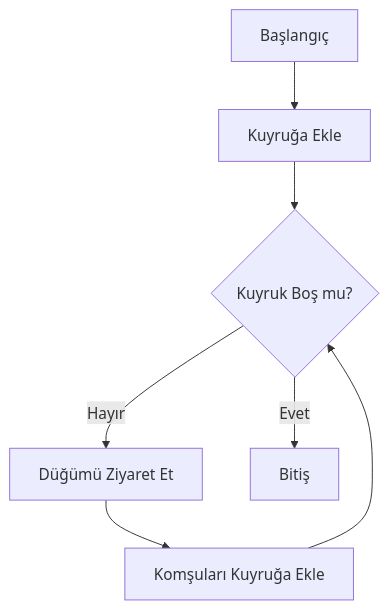
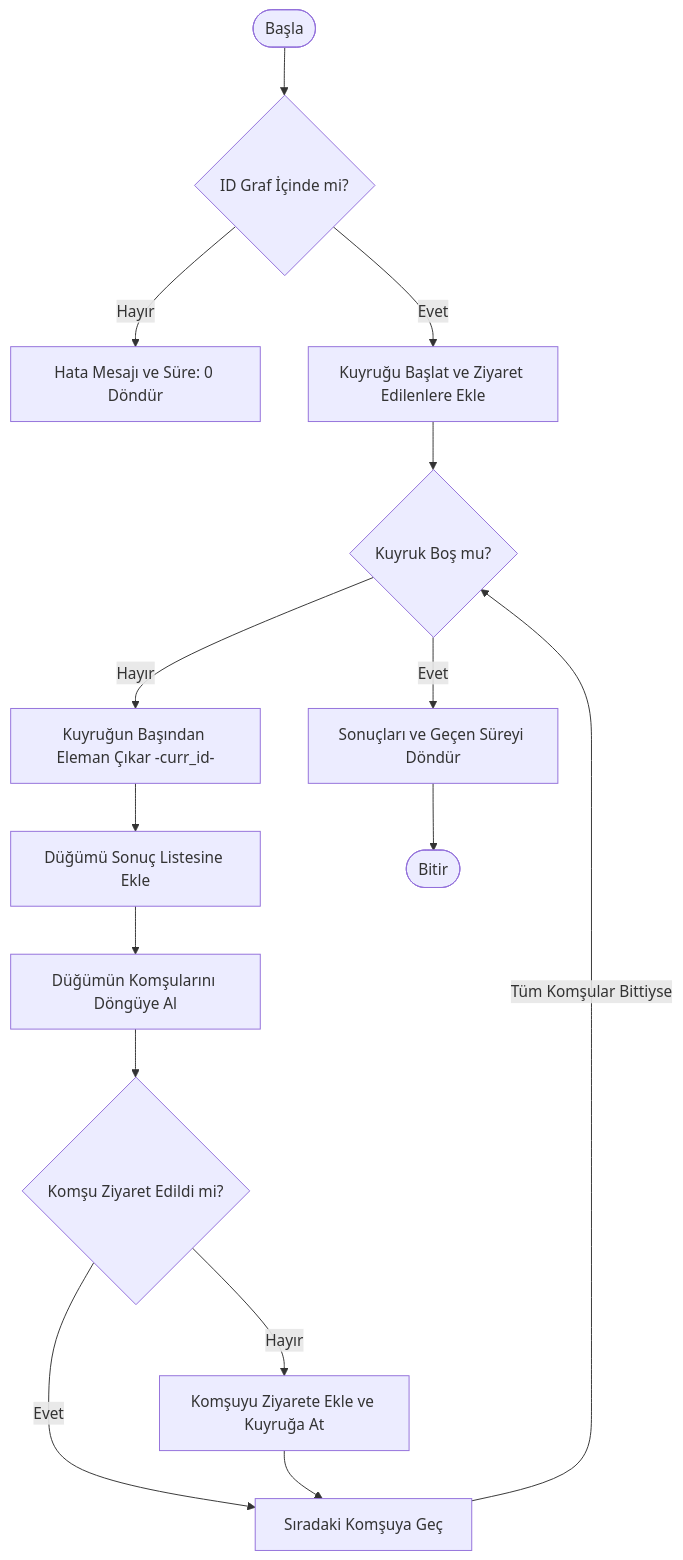
One commit to Yazilim-Gelistirme-2/Uni-Sosyal-Medya changed the first of 8 diagrams in README.md. Above: the diagram before and after it, drawn with Mermaid. The commit also changed other lines of this file, not shown here.

````diff
--- a/README.md
+++ b/README.md
@@ -40,9 +38,21 @@
 ```mermaid
-flowchart TD
-    A[Başlangıç] --> B[Kuyruğa Ekle]
-    B --> C{Kuyruk Boş mu?}
-    C -- Hayır --> D[Düğümü Ziyaret Et]
-    D --> E[Komşuları Kuyruğa Ekle]
-    E --> C
-    C -- Evet --> F[Bitiş]
+graph TD
+    A([Başla]) --> B{ID Graf İçinde mi?}
+    B -- Hayır --> C[Hata Mesajı ve Süre: 0 Döndür]
+    B -- Evet --> D[Kuyruğu Başlat ve Ziyaret Edilenlere Ekle]
+    
+    D --> E{Kuyruk Boş mu?}
+    E -- Hayır --> F[Kuyruğun Başından Eleman Çıkar -curr_id-]
+    F --> G[Düğümü Sonuç Listesine Ekle]
+    G --> H[Düğümün Komşularını Döngüye Al]
+    
+    H --> I{Komşu Ziyaret Edildi mi?}
+    I -- Hayır --> J[Komşuyu Ziyarete Ekle ve Kuyruğa At]
+    I -- Evet --> K[Sıradaki Komşuya Geç]
+    
+    J --> K
+    K -- Tüm Komşular Bittiyse --> E
+    
+    E -- Evet --> L[Sonuçları ve Geçen Süreyi Döndür]
+    L --> M([Bitir])
 ```
````
